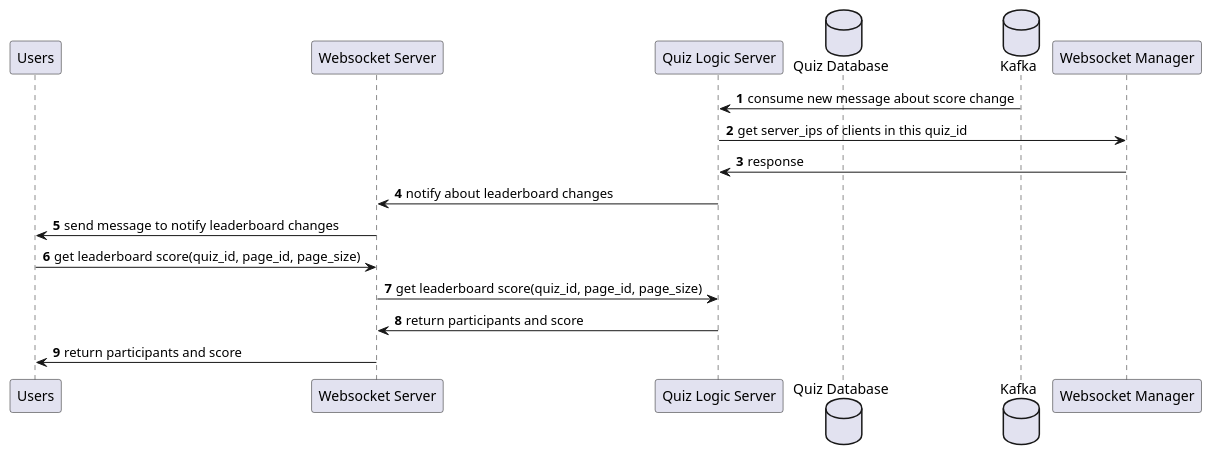
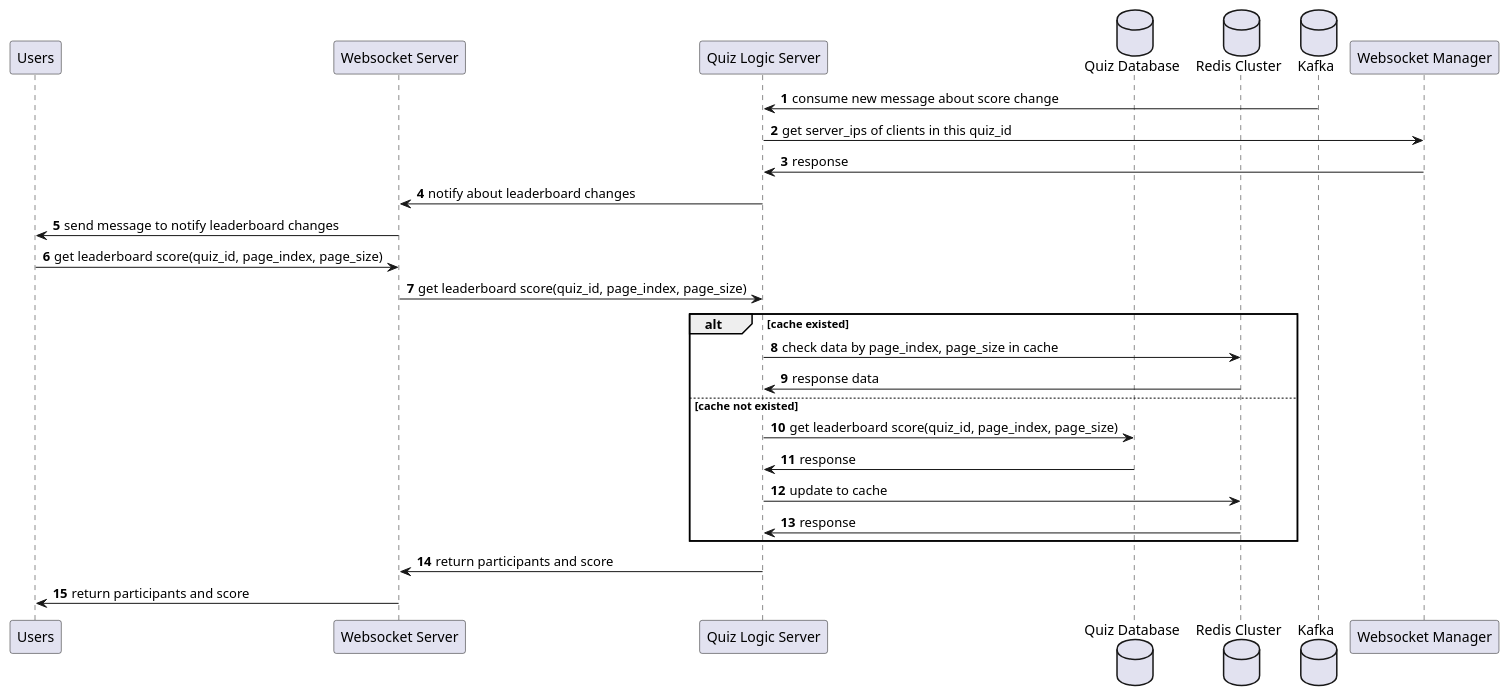
Before and after one commit to luulethe/quiz: the diagram in document/update_leaderboard.puml, drawn with PlantUML.

Commit message:
Update sequence data for update leaderboard

```diff
--- a/document/update_leaderboard.puml
+++ b/document/update_leaderboard.puml
@@ -1,25 +1,36 @@
 @startuml
 autonumber
 
 participant "Users" as users
 participant "Websocket Server" as ws
 participant "Quiz Logic Server" as qs
 database "Quiz Database" as db
+database "Redis Cluster" as redis
 database "Kafka" as kafka
 participant "Websocket Manager" as wsm
 
 kafka -> qs: consume new message about score change
 qs -> wsm: get server_ips of clients in this quiz_id
 wsm -> qs: response
 qs -> ws: notify about leaderboard changes
 ws -> users: send message to notify leaderboard changes
-users -> ws: get leaderboard score(quiz_id, page_id, page_size)
-ws -> qs: get leaderboard score(quiz_id, page_id, page_size)
+users -> ws: get leaderboard score(quiz_id, page_index, page_size)
+ws -> qs: get leaderboard score(quiz_id, page_index, page_size)
+
+alt cache existed
+    qs -> redis: check data by page_index, page_size in cache
+    redis -> qs: response data
+else cache not existed
+    qs -> db: get leaderboard score(quiz_id, page_index, page_size)
+    db -> qs: response
+    qs -> redis: update to cache
+    redis -> qs: response
+end
 qs -> ws: return participants and score
 ws -> users: return participants and score
 
 
 
 
 
 @enduml
```
